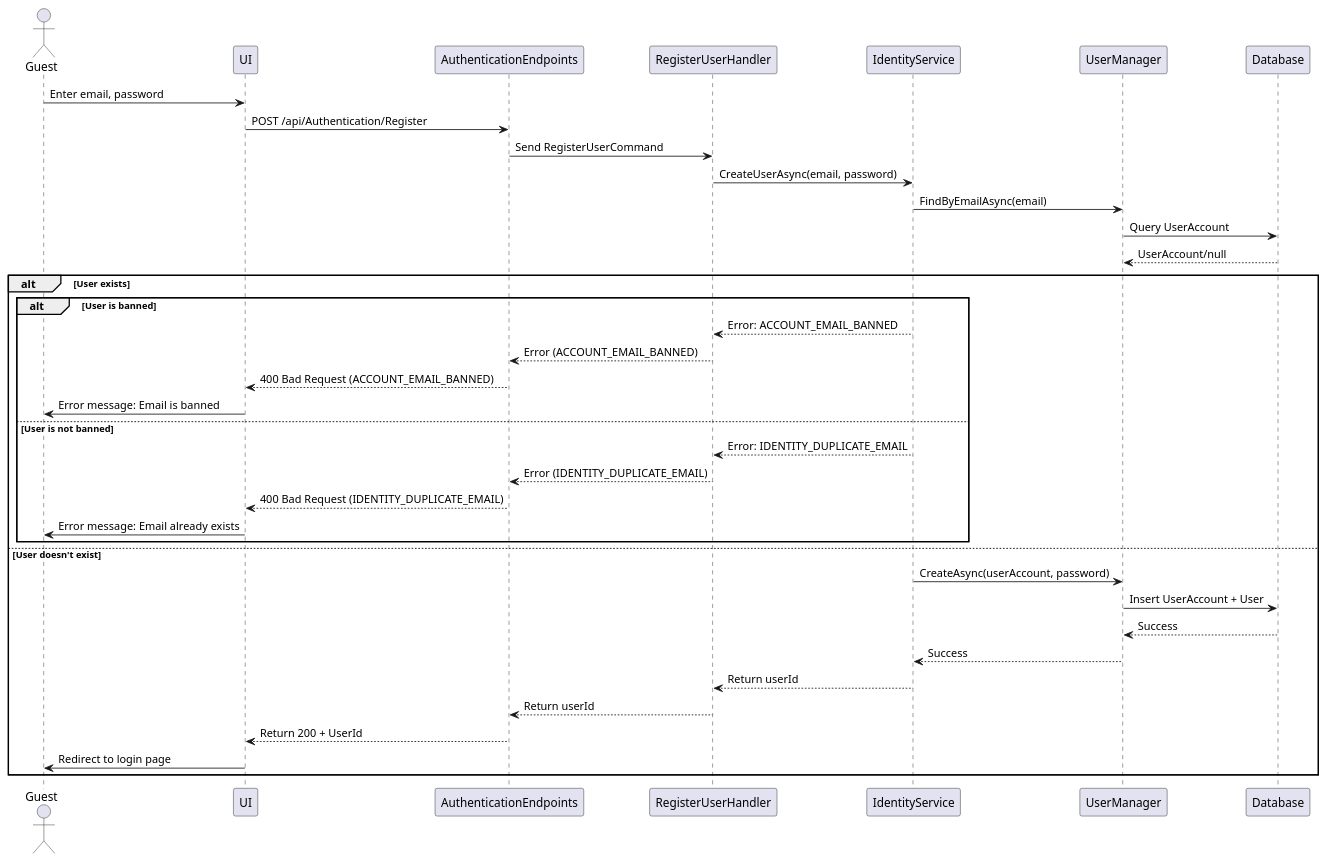
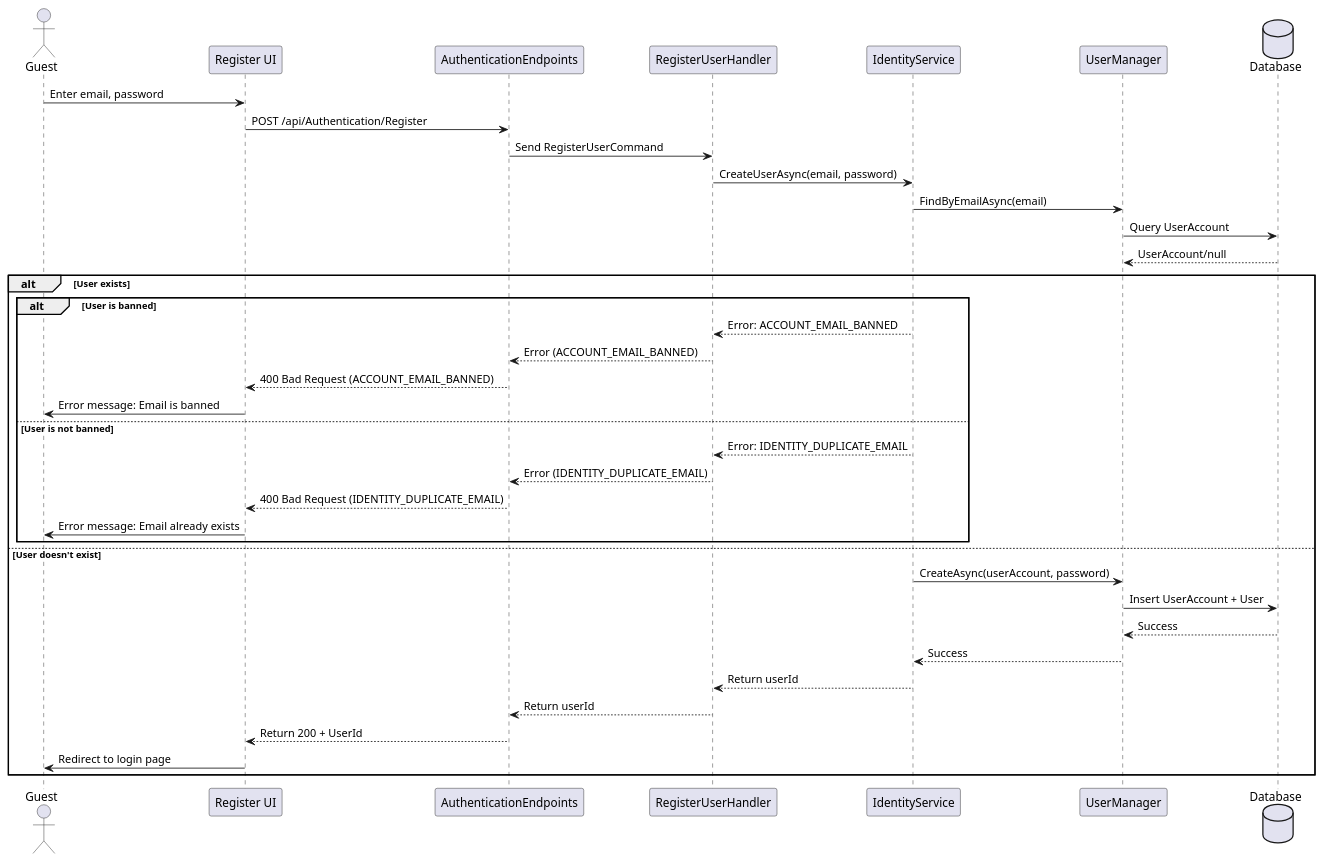
Before and after one commit to thanhkhac/SEP_Diagram: the diagram in authentication/Sequence/01_Register.puml, drawn with PlantUML. The commit also changed 9 other files, not shown here.

First line of the commit message:
Update authentication sequence diagrams for clarity

```diff
--- a/authentication/Sequence/01_Register.puml
+++ b/authentication/Sequence/01_Register.puml
@@ -1,39 +1,39 @@
 @startuml
 actor Guest as User
-participant UI
+participant "Register UI" as UI
 participant AuthenticationEndpoints
 participant RegisterUserHandler
 participant IdentityService
 participant UserManager
-participant Database
+Database Database
 
 User -> UI : Enter email, password
 UI -> AuthenticationEndpoints : POST /api/Authentication/Register
 AuthenticationEndpoints -> RegisterUserHandler : Send RegisterUserCommand
 RegisterUserHandler -> IdentityService : CreateUserAsync(email, password)
 IdentityService -> UserManager : FindByEmailAsync(email)
 UserManager -> Database : Query UserAccount
 Database --> UserManager : UserAccount/null
 alt User exists
     alt User is banned
         IdentityService --> RegisterUserHandler : Error: ACCOUNT_EMAIL_BANNED
         RegisterUserHandler --> AuthenticationEndpoints : Error (ACCOUNT_EMAIL_BANNED)
         AuthenticationEndpoints --> UI : 400 Bad Request (ACCOUNT_EMAIL_BANNED)
         UI -> User : Error message: Email is banned
     else User is not banned
         IdentityService --> RegisterUserHandler : Error: IDENTITY_DUPLICATE_EMAIL
         RegisterUserHandler --> AuthenticationEndpoints : Error (IDENTITY_DUPLICATE_EMAIL)
         AuthenticationEndpoints --> UI : 400 Bad Request (IDENTITY_DUPLICATE_EMAIL)
         UI -> User : Error message: Email already exists
     end
 else User doesn't exist
     IdentityService -> UserManager : CreateAsync(userAccount, password)
     UserManager -> Database : Insert UserAccount + User
     Database --> UserManager : Success
     UserManager --> IdentityService : Success
     IdentityService --> RegisterUserHandler : Return userId
     RegisterUserHandler --> AuthenticationEndpoints : Return userId
     AuthenticationEndpoints --> UI : Return 200 + UserId
     UI -> User : Redirect to login page
 end
 @enduml
```
